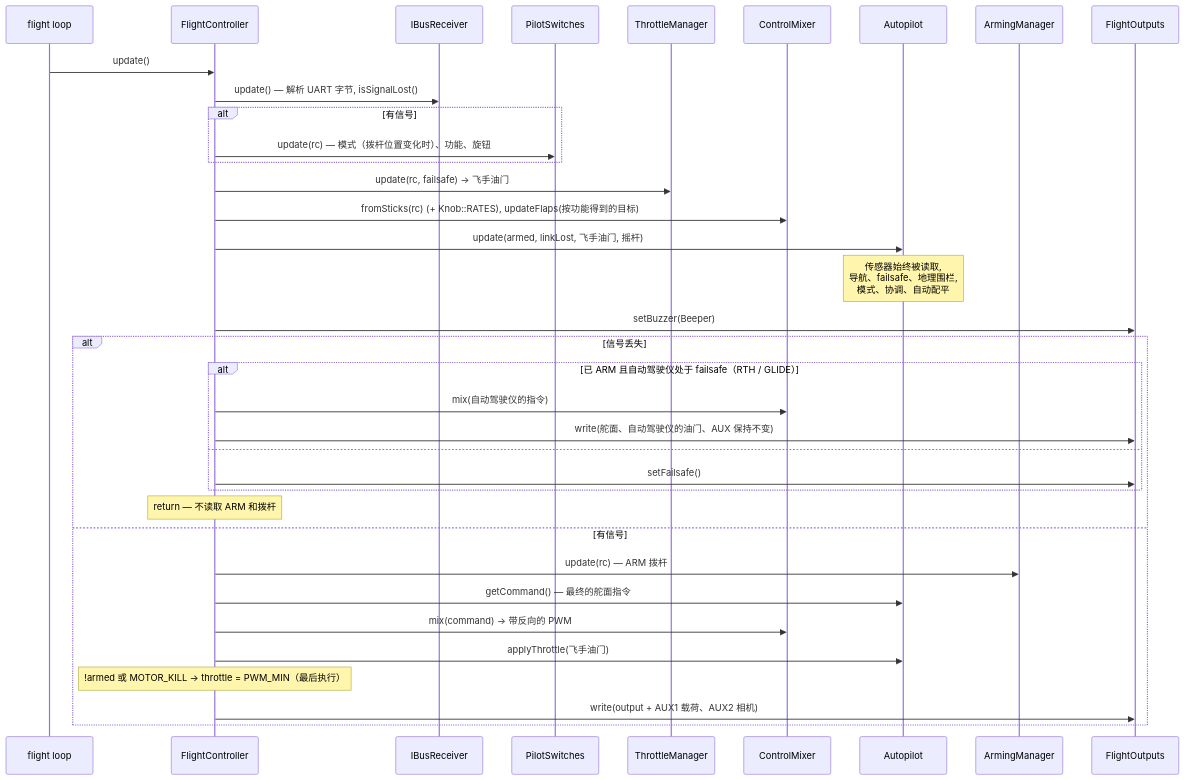
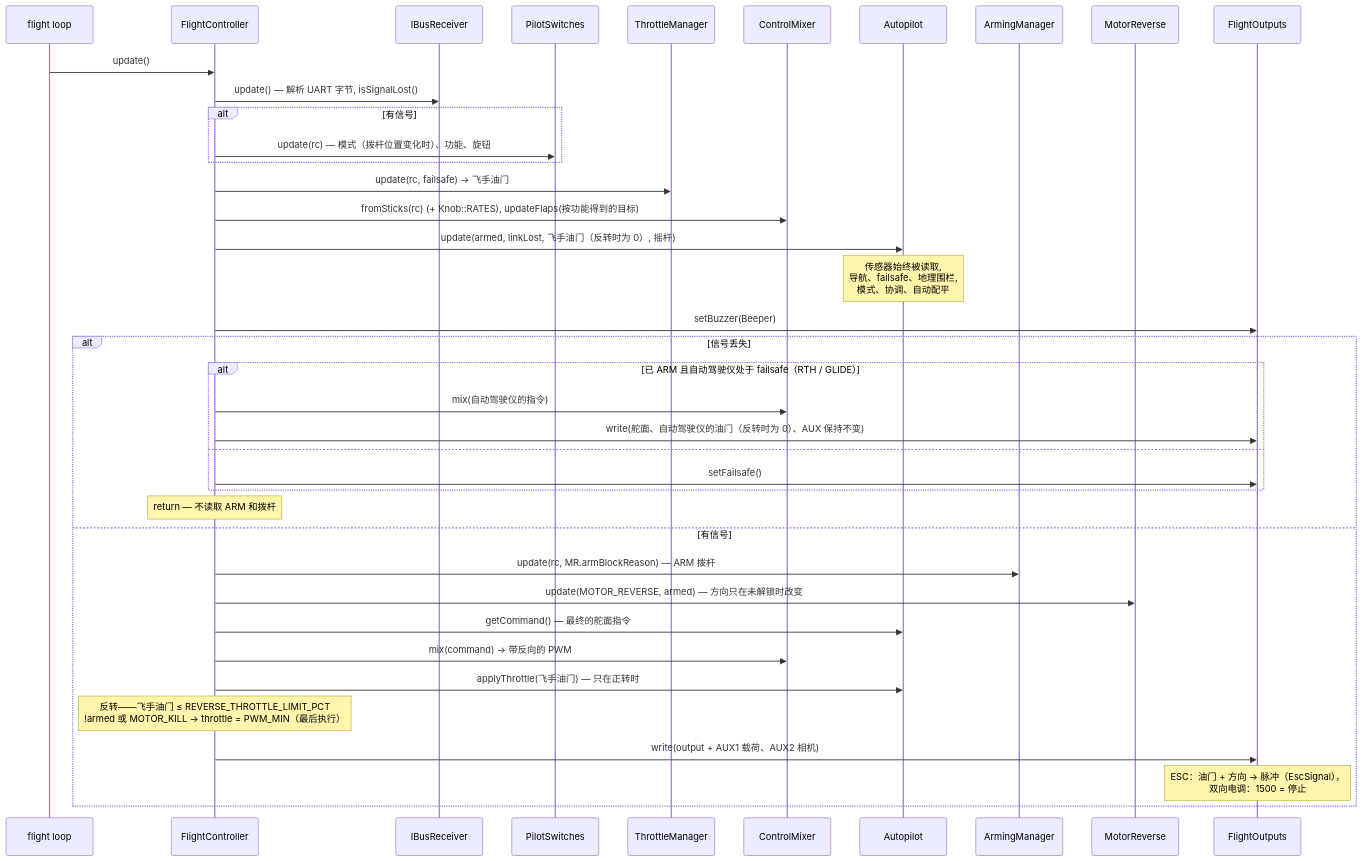
The sixth of 11 diagrams in docs/i18n/zh-CN/ARCHITECTURE.md (damir-lebedev/OpenPlaneProject), drawn with Mermaid before and after one commit. The commit also changed other lines of this file and 166 other files, not shown here.

First line of the commit message:
Make the bidirectional BLHeli 80A ESC the main one, with a disarm-only motor reverse

````diff
--- a/docs/i18n/zh-CN/ARCHITECTURE.md
+++ b/docs/i18n/zh-CN/ARCHITECTURE.md
@@ -355,39 +355,42 @@
 ```mermaid
 sequenceDiagram
     participant L as flight loop
     participant FC as FlightController
     participant RX as IBusReceiver
     participant SW as PilotSwitches
     participant TM as ThrottleManager
     participant MX as ControlMixer
     participant AP as Autopilot
     participant AM as ArmingManager
+    participant MR as MotorReverse
     participant OUT as FlightOutputs
 
     L->>FC: update()
     FC->>RX: update() — 解析 UART 字节, isSignalLost()
     alt 有信号
         FC->>SW: update(rc) — 模式（拨杆位置变化时）、功能、旋钮
     end
     FC->>TM: update(rc, failsafe) → 飞手油门
     FC->>MX: fromSticks(rc) (+ Knob::RATES), updateFlaps(按功能得到的目标)
-    FC->>AP: update(armed, linkLost, 飞手油门, 摇杆)
+    FC->>AP: update(armed, linkLost, 飞手油门（反转时为 0）, 摇杆)
     Note over AP: 传感器始终被读取,<br/>导航、failsafe、地理围栏,<br/>模式、协调、自动配平
     FC->>OUT: setBuzzer(Beeper)
     alt 信号丢失
         alt 已 ARM 且自动驾驶仪处于 failsafe（RTH / GLIDE）
             FC->>MX: mix(自动驾驶仪的指令)
-            FC->>OUT: write(舵面、自动驾驶仪的油门、AUX 保持不变)
+            FC->>OUT: write(舵面、自动驾驶仪的油门（反转时为 0）、AUX 保持不变)
         else
             FC->>OUT: setFailsafe()
         end
         Note over FC: return — 不读取 ARM 和拨杆
     else 有信号
-        FC->>AM: update(rc) — ARM 拨杆
+        FC->>AM: update(rc, MR.armBlockReason) — ARM 拨杆
+        FC->>MR: update(MOTOR_REVERSE, armed) — 方向只在未解锁时改变
         FC->>AP: getCommand() — 最终的舵面指令
         FC->>MX: mix(command) → 带反向的 PWM
-        FC->>AP: applyThrottle(飞手油门)
-        Note over FC: !armed 或 MOTOR_KILL → throttle = PWM_MIN（最后执行）
+        FC->>AP: applyThrottle(飞手油门) — 只在正转时
+        Note over FC: 反转——飞手油门 ≤ REVERSE_THROTTLE_LIMIT_PCT<br/>!armed 或 MOTOR_KILL → throttle = PWM_MIN（最后执行）
         FC->>OUT: write(output + AUX1 载荷、AUX2 相机)
+        Note over OUT: ESC：油门 + 方向 → 脉冲（EscSignal），<br/>双向电调：1500 = 停止
     end
 ```
````
